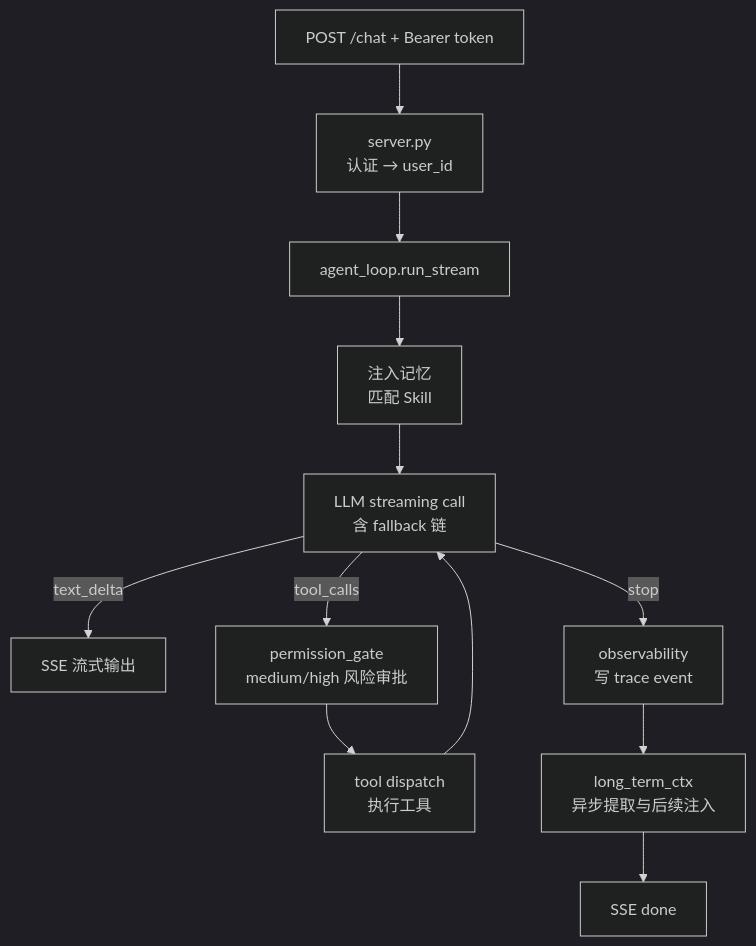
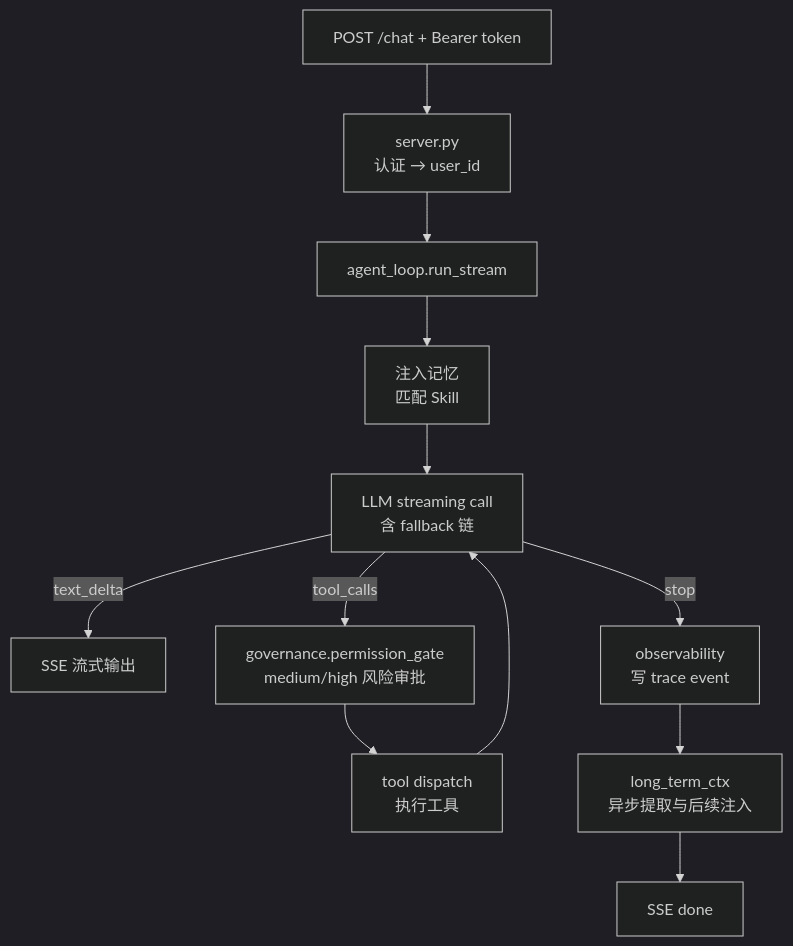
One commit to Summy2104/fleetent changed the second of 5 diagrams in docs/architecture.md. Above: the diagram before and after it, drawn with Mermaid (dark theme). The commit also changed other lines of this file and 20 other files, not shown here.

````diff
--- a/docs/architecture.md
+++ b/docs/architecture.md
@@ -110,14 +113,14 @@
 ```mermaid
 flowchart TD
     A["POST /chat + Bearer token"] --> B["server.py\n认证 → user_id"]
     B --> C["agent_loop.run_stream"]
     C --> D["注入记忆\n匹配 Skill"]
     D --> E["LLM streaming call\n含 fallback 链"]
     E -->|text_delta| F["SSE 流式输出"]
-    E -->|tool_calls| G["permission_gate\nmedium/high 风险审批"]
+    E -->|tool_calls| G["governance.permission_gate\nmedium/high 风险审批"]
     G --> H["tool dispatch\n执行工具"]
     H --> E
     E -->|stop| I["observability\n写 trace event"]
     I --> J["long_term_ctx\n异步提取与后续注入"]
     J --> K["SSE done"]
 ```
````
